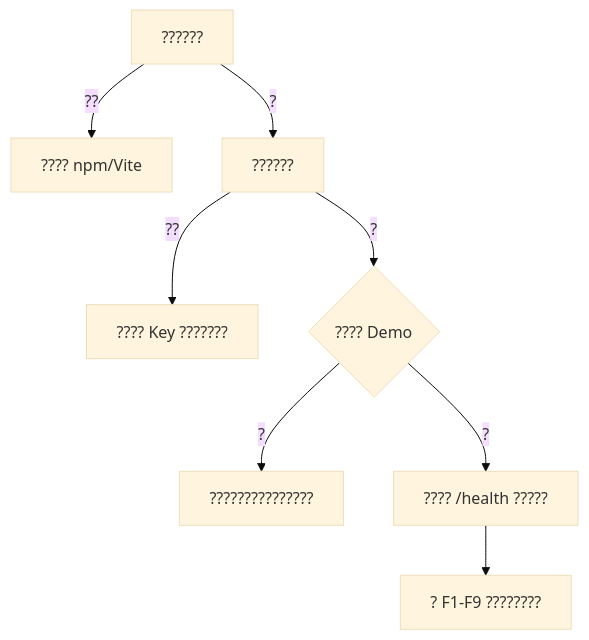
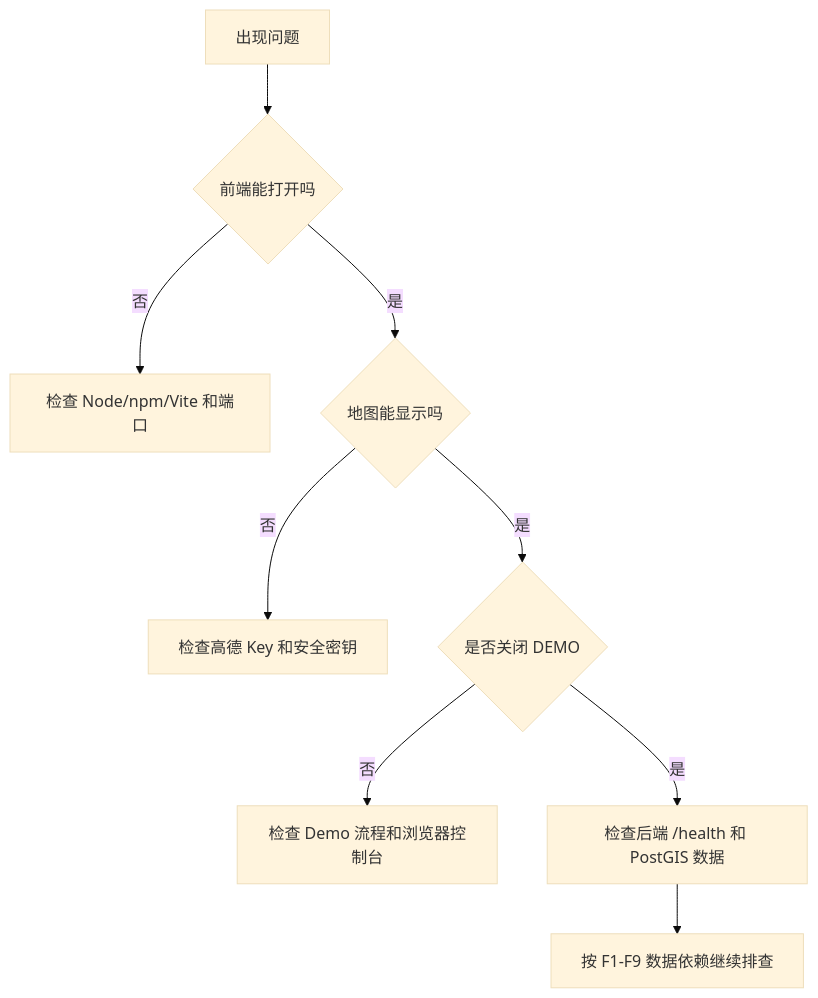
Before and after one commit to vergissxie/Urban_Taxi_Vis: the diagram in docs/02-user-guide/troubleshooting.md, drawn with Mermaid (base theme). The commit also changed other lines of this file and 6 other files, not shown here.

````diff
--- a/docs/02-user-guide/troubleshooting.md
+++ b/docs/02-user-guide/troubleshooting.md
@@ -7,10 +7,11 @@
 ```mermaid
 flowchart TD
-  A["??????"] -->|??| B["???? npm/Vite"]
-  A -->|?| C["??????"]
-  C -->|??| D["???? Key ???????"]
-  C -->|?| E{"???? Demo"}
-  E -->|?| F["???????????????"]
-  E -->|?| G["???? /health ?????"]
-  G --> H["? F1-F9 ????????"]
+  A["出现问题"] --> B{"前端能打开吗"}
+  B -->|否| C["检查 Node/npm/Vite 和端口"]
+  B -->|是| D{"地图能显示吗"}
+  D -->|否| E["检查高德 Key 和安全密钥"]
+  D -->|是| F{"是否关闭 DEMO"}
+  F -->|否| G["检查 Demo 流程和浏览器控制台"]
+  F -->|是| H["检查后端 /health 和 PostGIS 数据"]
+  H --> I["按 F1-F9 数据依赖继续排查"]
 ```
````
